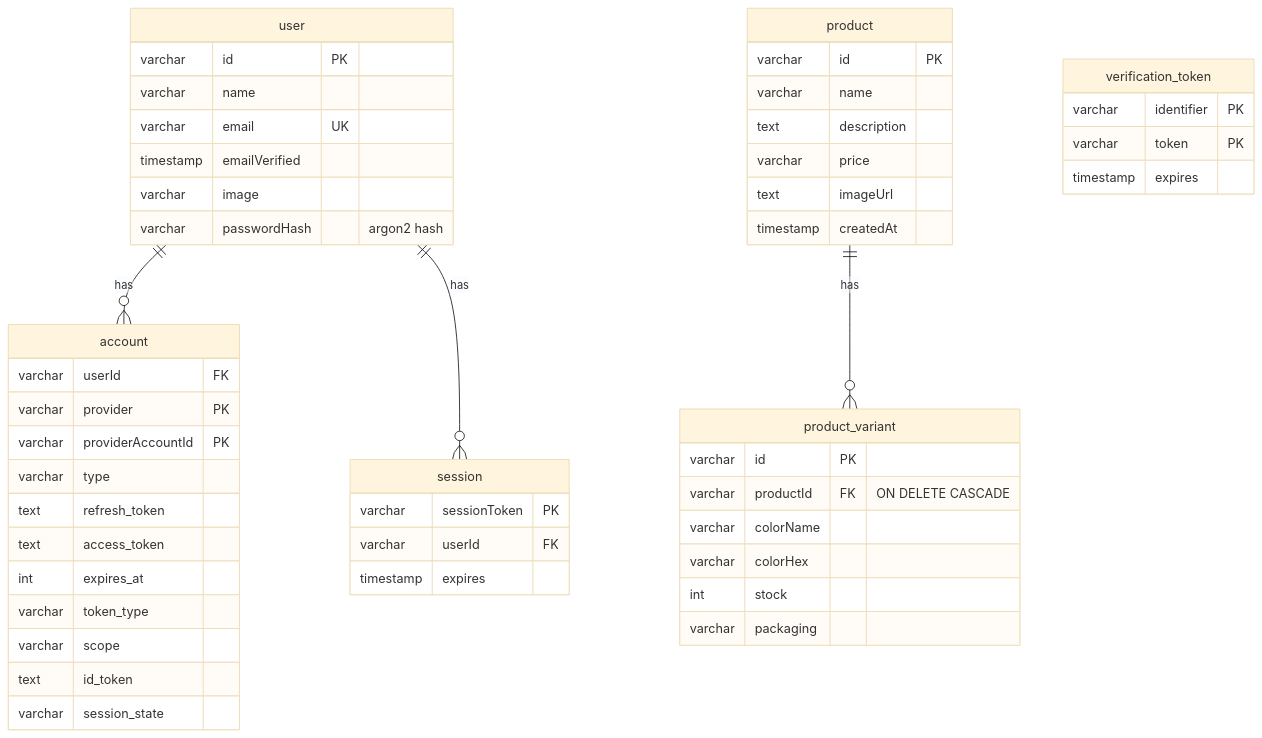
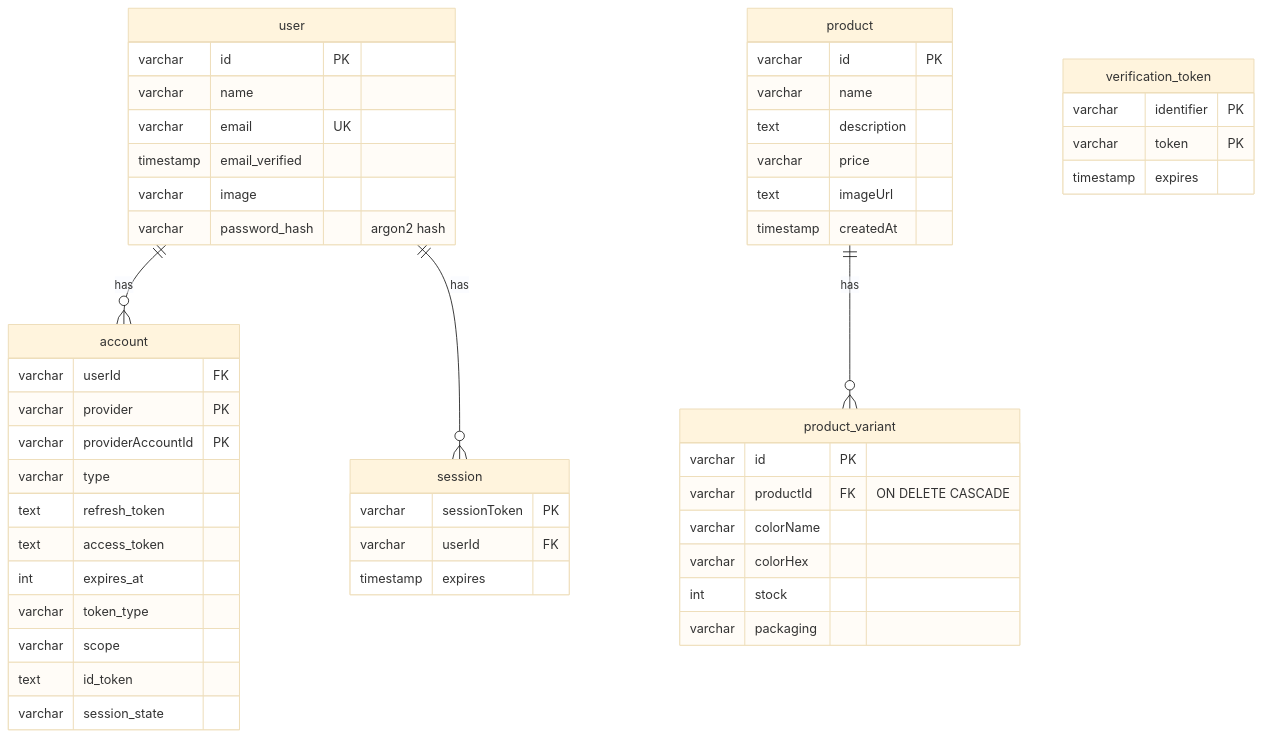
The diagram in README.md (felipeospina21/mm_web), drawn with Mermaid (base theme) before and after one commit. The commit also changed other lines of this file and 6 other files, not shown here.

````diff
--- a/README.md
+++ b/README.md
@@ -61,59 +62,59 @@
 ```mermaid
 erDiagram
     user ||--o{ account : "has"
     user ||--o{ session : "has"
     product ||--o{ product_variant : "has"
 
     user {
         varchar id PK
         varchar name
         varchar email UK
-        timestamp emailVerified
+        timestamp email_verified
         varchar image
-        varchar passwordHash "argon2 hash"
+        varchar password_hash "argon2 hash"
     }
 
     account {
         varchar userId FK
         varchar provider PK
         varchar providerAccountId PK
         varchar type
         text refresh_token
         text access_token
         int expires_at
         varchar token_type
         varchar scope
         text id_token
         varchar session_state
     }
 
     session {
         varchar sessionToken PK
         varchar userId FK
         timestamp expires
     }
 
     verification_token {
         varchar identifier PK
         varchar token PK
         timestamp expires
     }
 
     product {
         varchar id PK
         varchar name
         text description
         varchar price
         text imageUrl
         timestamp createdAt
     }
 
     product_variant {
         varchar id PK
         varchar productId FK "ON DELETE CASCADE"
         varchar colorName
         varchar colorHex
         int stock
         varchar packaging
     }
 ```
````
